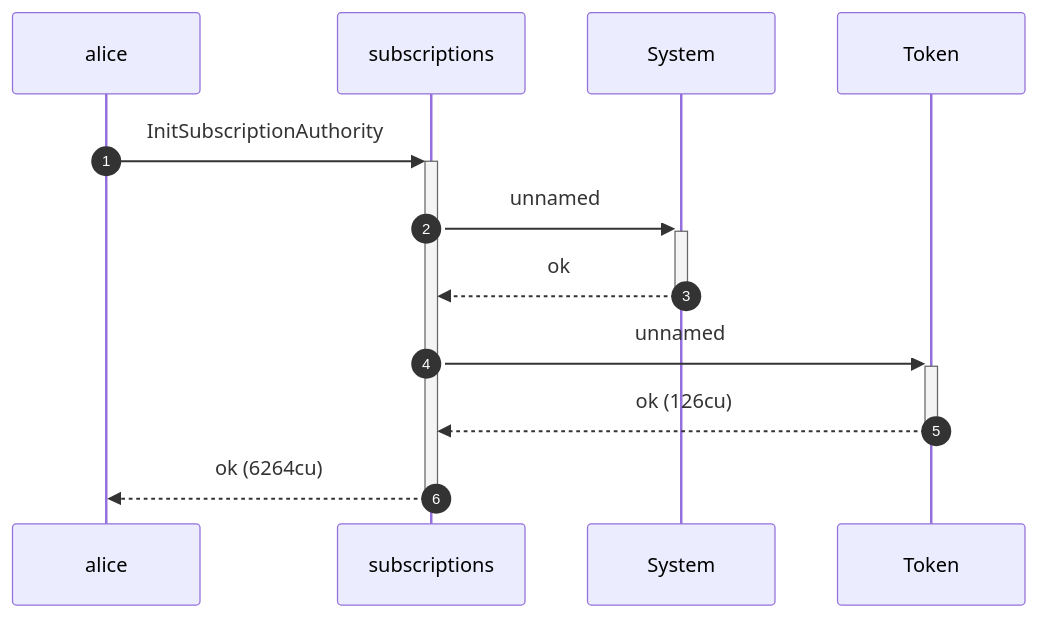
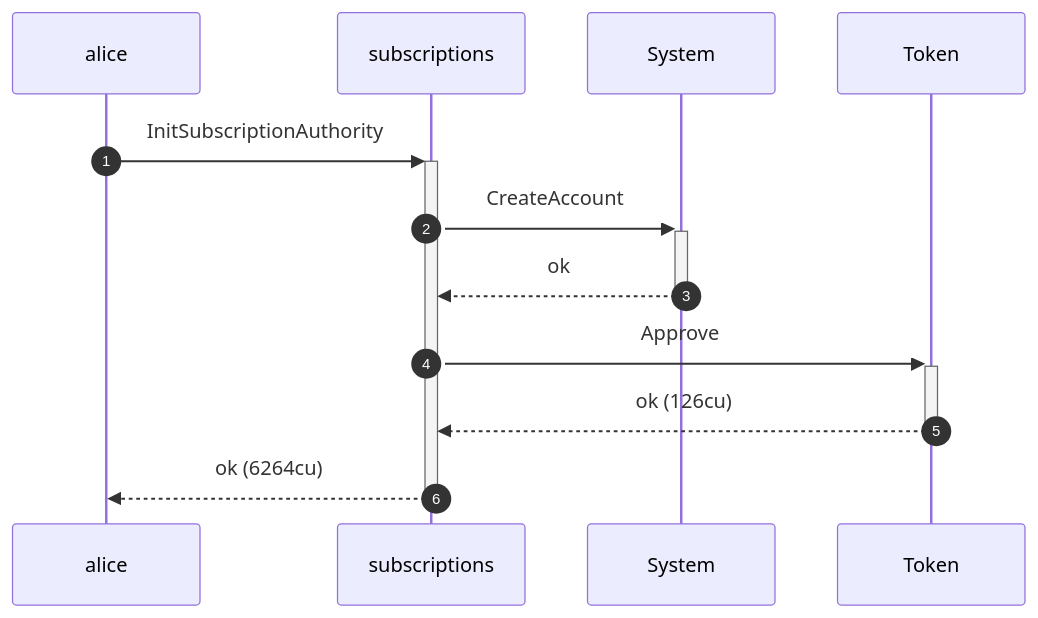
One commit to cds-rs/subscriptions changed the second of 8 diagrams in dsl_tests/close-returns-rent-to-the-sponsor.md. Above: the diagram before and after it, drawn with Mermaid. The commit also changed other lines of this file and 219 other files, not shown here.

````diff
--- a/dsl_tests/close-returns-rent-to-the-sponsor.md
+++ b/dsl_tests/close-returns-rent-to-the-sponsor.md
@@ -37,14 +37,14 @@
 ```mermaid
 sequenceDiagram
     autonumber
     participant alice
     participant subscriptions
     participant System
     participant Token
     alice ->>+ subscriptions: InitSubscriptionAuthority
-    subscriptions ->>+ System: unnamed
+    subscriptions ->>+ System: CreateAccount
     System -->>- subscriptions: ok
-    subscriptions ->>+ Token: unnamed
+    subscriptions ->>+ Token: Approve
     Token -->>- subscriptions: ok (126cu)
     subscriptions -->>- alice: ok (6264cu)
 ```
````
